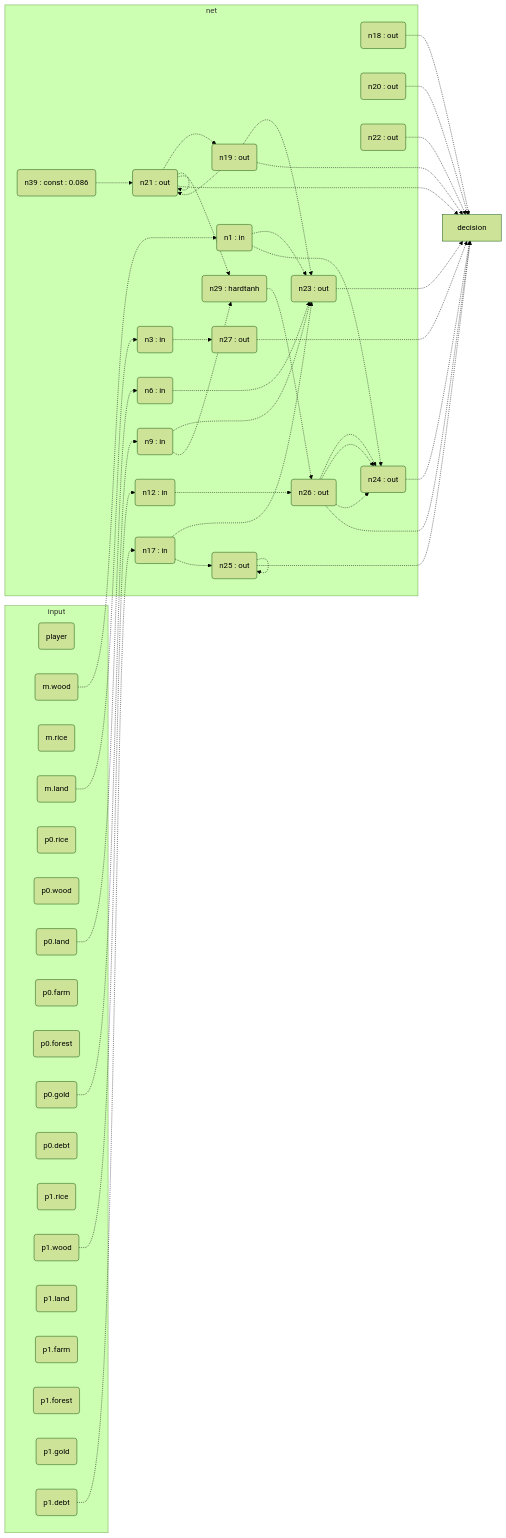
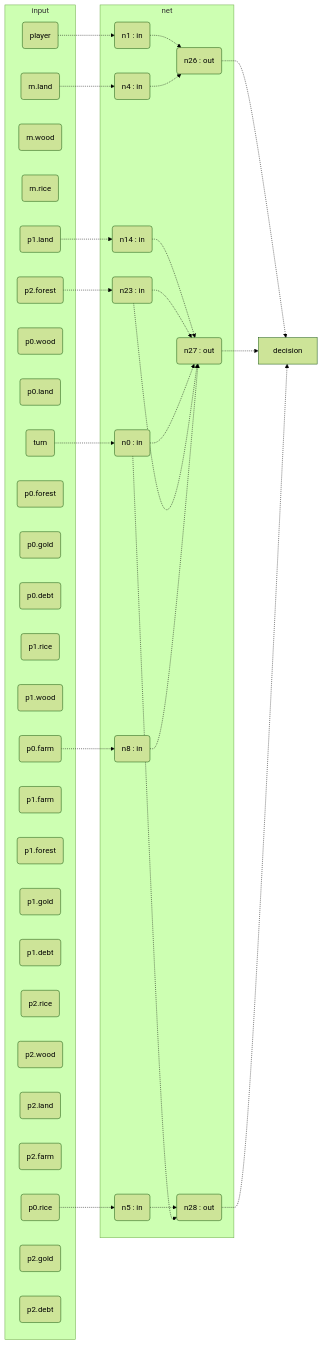
One commit to loicbourgois/gaime changed the diagram in simple-market/latest/1_nn_small.mmd. Above: the diagram before and after it, drawn with Mermaid (forest theme). The commit also changed 29 other files, not shown here.

```diff
--- a/simple-market/latest/1_nn_small.mmd
+++ b/simple-market/latest/1_nn_small.mmd
@@ -1,77 +1,60 @@
 flowchart LR
 subgraph input
-i0(player)
-i1(m.wood)
-i2(m.rice)
-i3(m.land)
-i4(p0.rice)
-i5(p0.wood)
-i6(p0.land)
-i7(p0.farm)
-i8(p0.forest)
-i9(p0.gold)
-i10(p0.debt)
-i11(p1.rice)
-i12(p1.wood)
-i13(p1.land)
-i14(p1.farm)
-i15(p1.forest)
-i16(p1.gold)
-i17(p1.debt)
+i0(turn)
+i1(player)
+i2(m.wood)
+i3(m.rice)
+i4(m.land)
+i5(p0.rice)
+i6(p0.wood)
+i7(p0.land)
+i8(p0.farm)
+i9(p0.forest)
+i10(p0.gold)
+i11(p0.debt)
+i12(p1.rice)
+i13(p1.wood)
+i14(p1.land)
+i15(p1.farm)
+i16(p1.forest)
+i17(p1.gold)
+i18(p1.debt)
+i19(p2.rice)
+i20(p2.wood)
+i21(p2.land)
+i22(p2.farm)
+i23(p2.forest)
+i24(p2.gold)
+i25(p2.debt)
 end
 subgraph net
+i0 -.-> n0 
+n0(n0 : in)
 i1 -.-> n1 
 n1(n1 : in)
-i3 -.-> n3 
-n3(n3 : in)
-i6 -.-> n6 
-n6(n6 : in)
-i9 -.-> n9 
-n9(n9 : in)
-i12 -.-> n12 
-n12(n12 : in)
-i17 -.-> n17 
-n17(n17 : in)
-n18(n18 : out)
-n21 -.-> n19 
-n19(n19 : out)
-n20(n20 : out)
-n19 -.-> n21 
-n39 -.-> n21 
-n21 -.-> n21 
-n21(n21 : out)
-n22(n22 : out)
-n1 -.-> n23 
-n6 -.-> n23 
-n19 -.-> n23 
-n9 -.-> n23 
-n17 -.-> n23 
-n23(n23 : out)
-n26 -.-> n24 
-n26 -.-> n24 
-n1 -.-> n24 
-n26 -.-> n24 
-n24(n24 : out)
-n17 -.-> n25 
-n25 -.-> n25 
-n25(n25 : out)
-n12 -.-> n26 
-n29 -.-> n26 
+i4 -.-> n4 
+n4(n4 : in)
+i5 -.-> n5 
+n5(n5 : in)
+i8 -.-> n8 
+n8(n8 : in)
+i14 -.-> n14 
+n14(n14 : in)
+i23 -.-> n23 
+n23(n23 : in)
+n1 -.-> n26 
+n4 -.-> n26 
 n26(n26 : out)
-n3 -.-> n27 
+n14 -.-> n27 
+n23 -.-> n27 
+n0 -.-> n27 
+n23 -.-> n27 
+n8 -.-> n27 
 n27(n27 : out)
-n21 -.-> n29 
-n9 -.-> n29 
-n29(n29 : hardtanh)
-n39(n39 : const : 0.086)
+n5 -.-> n28 
+n0 -.-> n28 
+n28(n28 : out)
 end
-n18 -.-> decision
-n19 -.-> decision
-n20 -.-> decision
-n21 -.-> decision
-n22 -.-> decision
-n23 -.-> decision
-n24 -.-> decision
-n25 -.-> decision
 n26 -.-> decision
 n27 -.-> decision
+n28 -.-> decision
```
